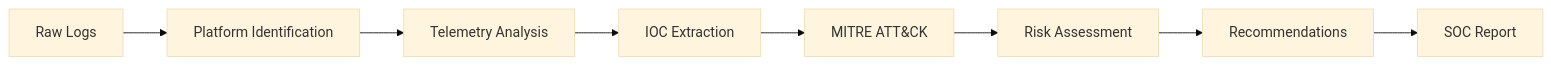
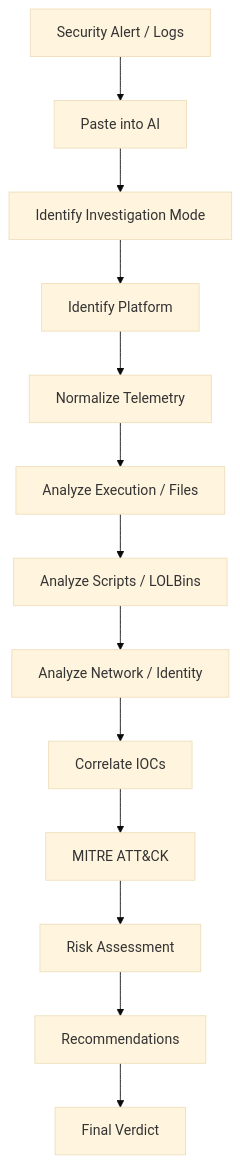
The diagram in README.md (krirajeev08-afk/AI-Prompt-For-SOC-V1), drawn with Mermaid (base theme) before and after one commit. The commit also changed other lines of this file, not shown here.

````diff
--- a/README.md
+++ b/README.md
@@ -155,10 +449,15 @@
 ```mermaid
-flowchart LR
-    A[Raw Logs] --> B[Platform Identification]
-    B --> C[Telemetry Analysis]
-    C --> D[IOC Extraction]
-    D --> E[MITRE ATT&CK]
-    E --> F[Risk Assessment]
-    F --> G[Recommendations]
-    G --> H[SOC Report]
+flowchart TD
+    A[Security Alert / Logs] --> B[Paste into AI]
+    B --> C[Identify Investigation Mode]
+    C --> D[Identify Platform]
+    D --> E[Normalize Telemetry]
+    E --> F[Analyze Execution / Files]
+    F --> G[Analyze Scripts / LOLBins]
+    G --> H[Analyze Network / Identity]
+    H --> I[Correlate IOCs]
+    I --> J[MITRE ATT&CK]
+    J --> K[Risk Assessment]
+    K --> L[Recommendations]
+    L --> M[Final Verdict]
 ```
````
